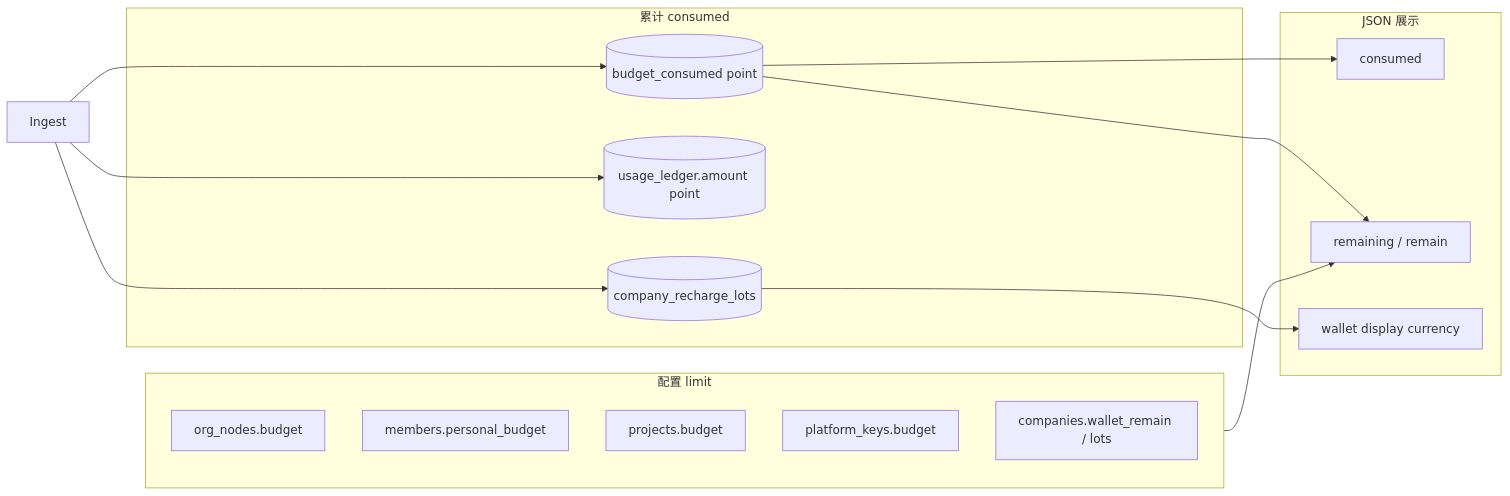
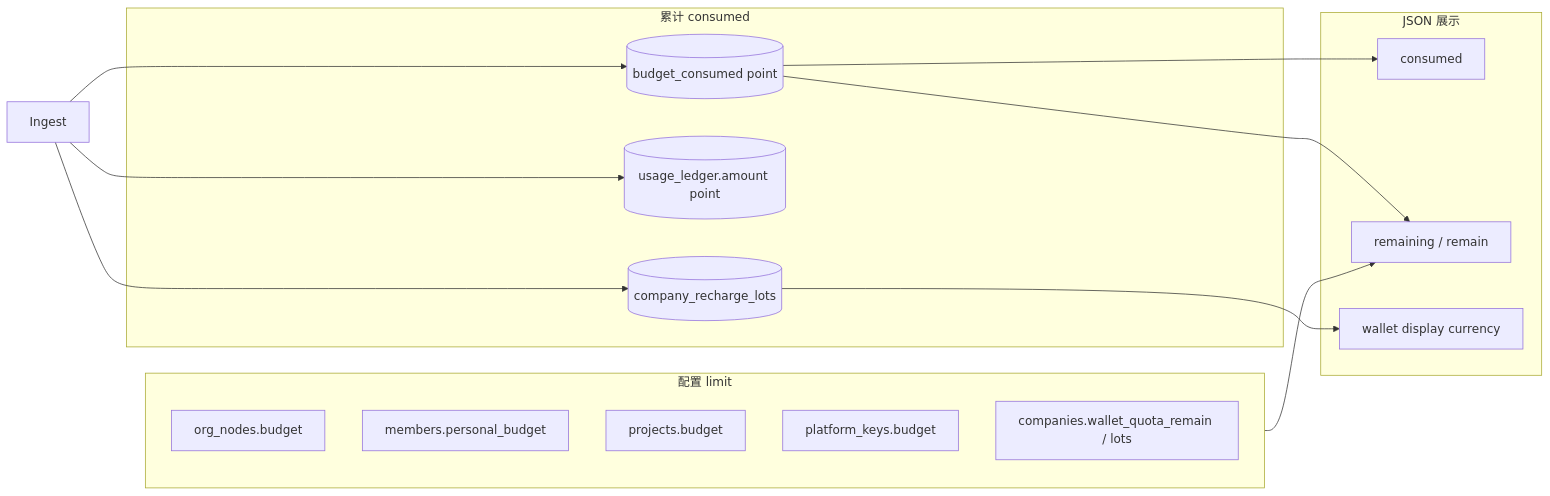
The seventh of 7 diagrams in docs/Backend-存储架构.md (quyip8818/mytokenjoy), drawn with Mermaid before and after one commit. The commit also changed other lines of this file and 43 other files, not shown here.

Commit message:
rename wallet_remain → wallet_quota_remain

````diff
--- a/docs/Backend-存储架构.md
+++ b/docs/Backend-存储架构.md
@@ -248,28 +248,28 @@
 ```mermaid
 flowchart LR
   subgraph assign [配置 limit]
     OB[org_nodes.budget]
     PQ[members.personal_budget]
     PRJ[projects.budget]
     PKQ[platform_keys.budget]
-    WAL[companies.wallet_remain / lots]
+    WAL[companies.wallet_quota_remain / lots]
   end
 
   subgraph spend [累计 consumed]
     BS[(budget_consumed point)]
     UL[(usage_ledger.amount point)]
     LOT[(company_recharge_lots)]
   end
 
   subgraph api [JSON 展示]
     C[consumed]
     R[remaining / remain]
     W[wallet display currency]
   end
 
   ING[Ingest] --> BS & UL & LOT
   BS --> C
   assign --> R
   BS --> R
   LOT --> W
 ```
````
